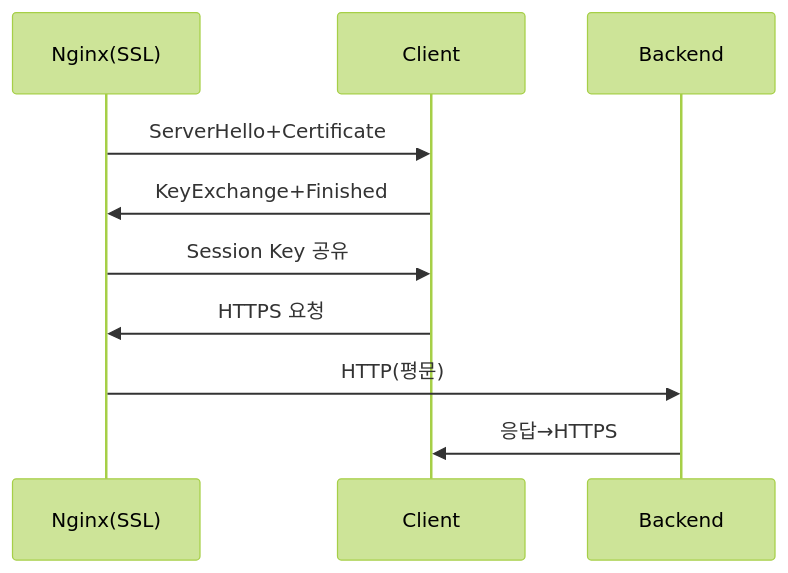
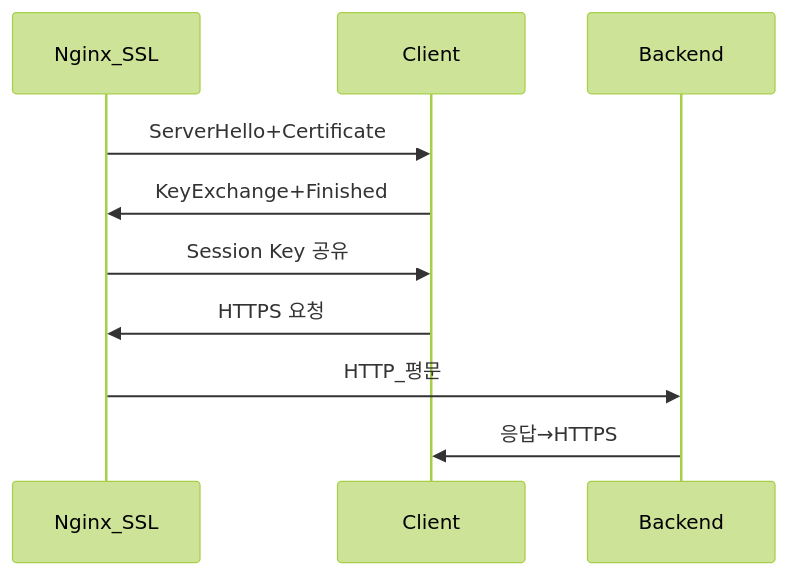
Before and after one commit to yjkim2015/yjkim2015.github.io: diagram 13 of 18 in _posts/server/2026-05-01-nginx.md, drawn with Mermaid (forest theme). The commit also changed other lines of this file and 85 other files, not shown here.

First line of the commit message:
sequenceDiagram 문법 에러 2차 수정 169개 (86파일)

````diff
--- a/_posts/server/2026-05-01-nginx.md
+++ b/_posts/server/2026-05-01-nginx.md
@@ -506,9 +506,9 @@
 ```mermaid
 sequenceDiagram
-    Nginx(SSL)->>Client: ServerHello+Certificate
-    Client->>Nginx(SSL): KeyExchange+Finished
-    Nginx(SSL)->>Client: Session Key 공유
-    Client->>Nginx(SSL): HTTPS 요청
-    Nginx(SSL)->>Backend: HTTP(평문)
+    Nginx_SSL->>Client: ServerHello+Certificate
+    Client->>Nginx_SSL: KeyExchange+Finished
+    Nginx_SSL->>Client: Session Key 공유
+    Client->>Nginx_SSL: HTTPS 요청
+    Nginx_SSL->>Backend: HTTP_평문
     Backend->>Client: 응답→HTTPS
 ```
````
